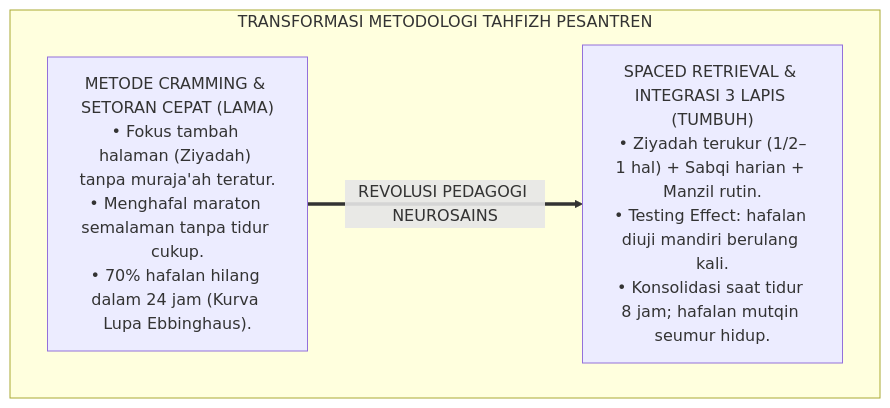
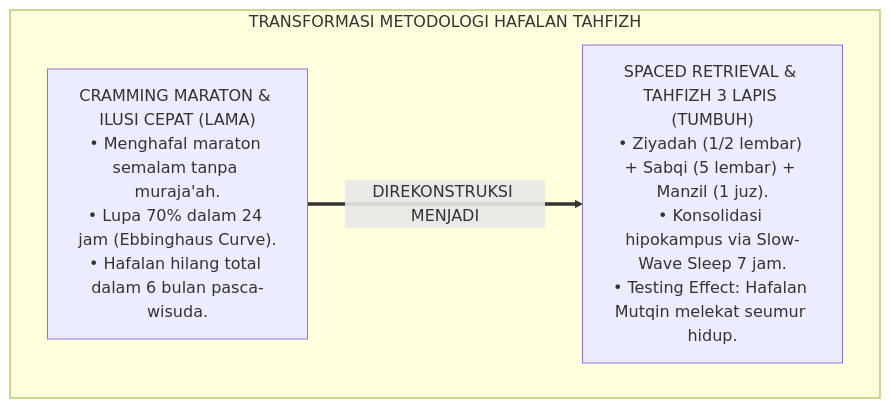
The first of 3 diagrams in 02 Principles/03 Learning Principles/P2-03-02-Prinsip-Retensi-Memori-dan-Hafalan-Mutqin.md (wandiapriliyandi/tumbuh), drawn with Mermaid before and after one commit. The commit also changed other lines of this file and 6 other files, not shown here.

````diff
--- a/02 Principles/03 Learning Principles/P2-03-02-Prinsip-Retensi-Memori-dan-Hafalan-Mutqin.md
+++ b/02 Principles/03 Learning Principles/P2-03-02-Prinsip-Retensi-Memori-dan-Hafalan-Mutqin.md
@@ -63,10 +57,10 @@
 ```mermaid
 flowchart TD
-    subgraph TransformasiMetodeTahfizh["TRANSFORMASI METODOLOGI TAHFIZH PESANTREN"]
-        Cramming["METODE CRAMMING & SETORAN CEPAT (LAMA)<br/>• Fokus tambah halaman (Ziyadah) tanpa muraja'ah teratur.<br/>• Menghafal maraton semalaman tanpa tidur cukup.<br/>• 70% hafalan hilang dalam 24 jam (Kurva Lupa Ebbinghaus)."]
+    subgraph TransformasiMetodologiTahfizh["TRANSFORMASI METODOLOGI HAFALAN TAHFIZH"]
+        PolaCrammingLama["CRAMMING MARATON & ILUSI CEPAT (LAMA)<br/>• Menghafal maraton semalam tanpa muraja'ah.<br/>• Lupa 70% dalam 24 jam (Ebbinghaus Curve).<br/>• Hafalan hilang total dalam 6 bulan pasca-wisuda."]
         
-        MutqinTUMBUH["SPACED RETRIEVAL & INTEGRASI 3 LAPIS (TUMBUH)<br/>• Ziyadah terukur (1/2–1 hal) + Sabqi harian + Manzil rutin.<br/>• Testing Effect: hafalan diuji mandiri berulang kali.<br/>• Konsolidasi saat tidur 8 jam; hafalan mutqin seumur hidup."]
+        PolaMutqinTUMBUH["SPACED RETRIEVAL & TAHFIZH 3 LAPIS (TUMBUH)<br/>• Ziyadah (1/2 lembar) + Sabqi (5 lembar) + Manzil (1 juz).<br/>• Konsolidasi hipokampus via Slow-Wave Sleep 7 jam.<br/>• Testing Effect: Hafalan Mutqin melekat seumur hidup."]
         
-        Cramming ==>|REVOLUSI PEDAGOGI NEUROSAINS| MutqinTUMBUH
+        PolaCrammingLama ==>|DIREKONSTRUKSI MENJADI| PolaMutqinTUMBUH
     end
 ```
````
